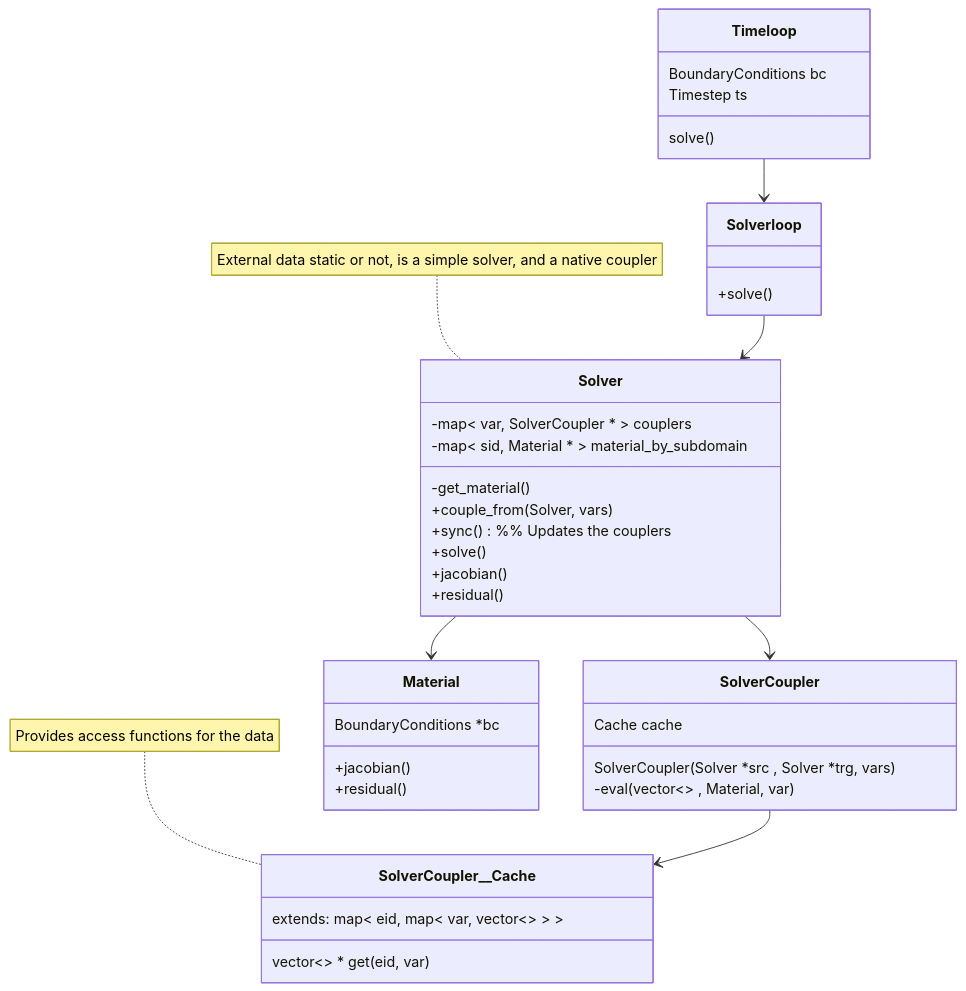
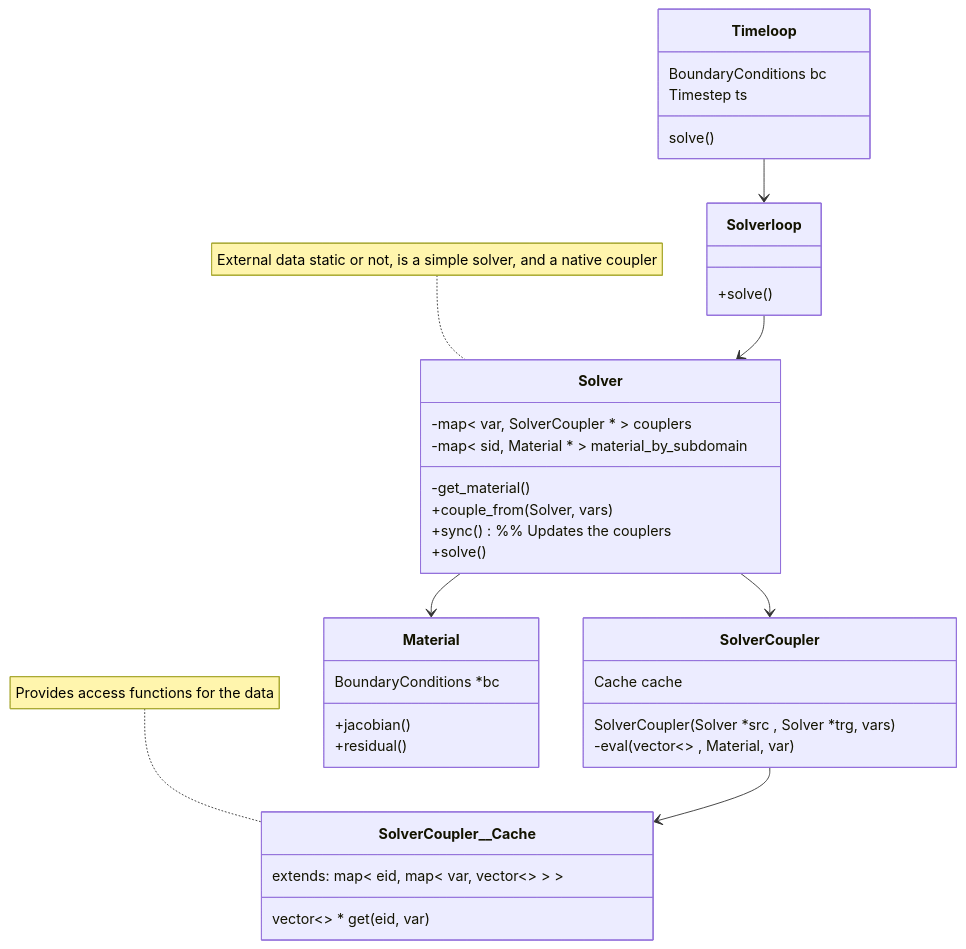
One commit to rebpoli/harpy changed the first of 2 diagrams in doc/Description.md. Above: the diagram before and after it, drawn with Mermaid. The commit also changed other lines of this file, not shown here.

````diff
--- a/doc/Description.md
+++ b/doc/Description.md
@@ -20,54 +20,52 @@
 ```mermaid
 %% Interfaces, abstract classes
 classDiagram
     class Timeloop { 
         BoundaryConditions bc
         Timestep ts
         solve()
     }
 
     %% The solver loop couples the solvers
     class Solverloop {
         +solve()
     }
 
     %% Does the calculations and hold the cached data needed to couple SRC->TRG
     %% Can be specialized for more complex data types (e.g. stress or velocities)
     class SolverCoupler__Cache {
         extends: map< eid, map< var, vector<> > >
         vector<> * get( eid, var )
     }
     note for SolverCoupler__Cache "Provides access functions for the data"
     class SolverCoupler {
         SolverCoupler( Solver *src , Solver *trg, vars )
         Cache cache
         -eval( vector<> , Material, var )
     }
     SolverCoupler --> SolverCoupler__Cache
 
     %% The solver keeps its own couplers
     class Solver {
         -map< var, SolverCoupler * > couplers
         -map< sid, Material * > material_by_subdomain
         -get_material()
         +couple_from(Solver, vars)
         +sync()  %% Updates the couplers
         +solve()
-        +jacobian()
-        +residual()
     }
     Solver--> SolverCoupler
     note for Solver "External data static or not, is a simple solver, and a native coupler"
 
 
     class Material {
         BoundaryConditions *bc
         +jacobian()
         +residual()
     }
 
     Timeloop --> Solverloop
     Solverloop --> Solver
     Solver --> Material
 
 ```
````
